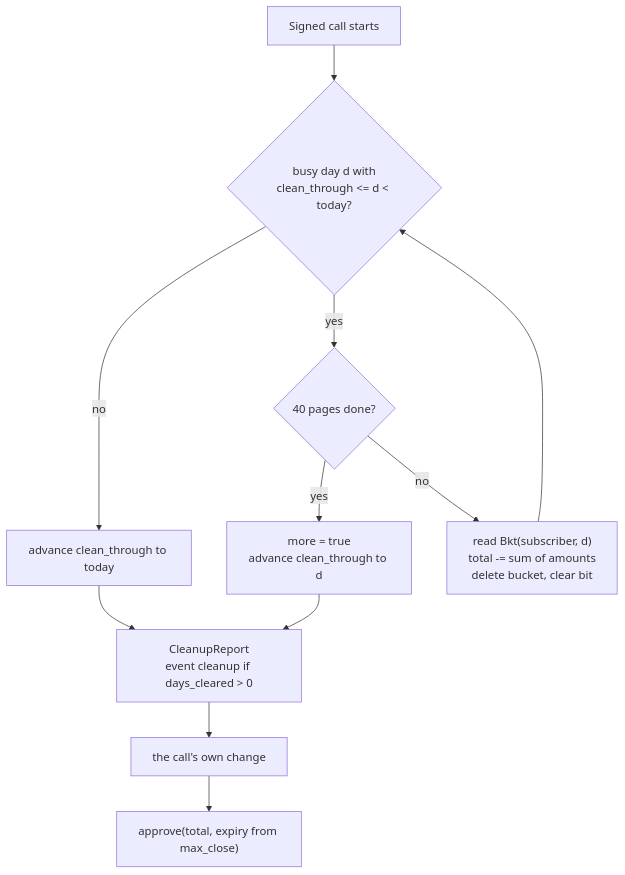
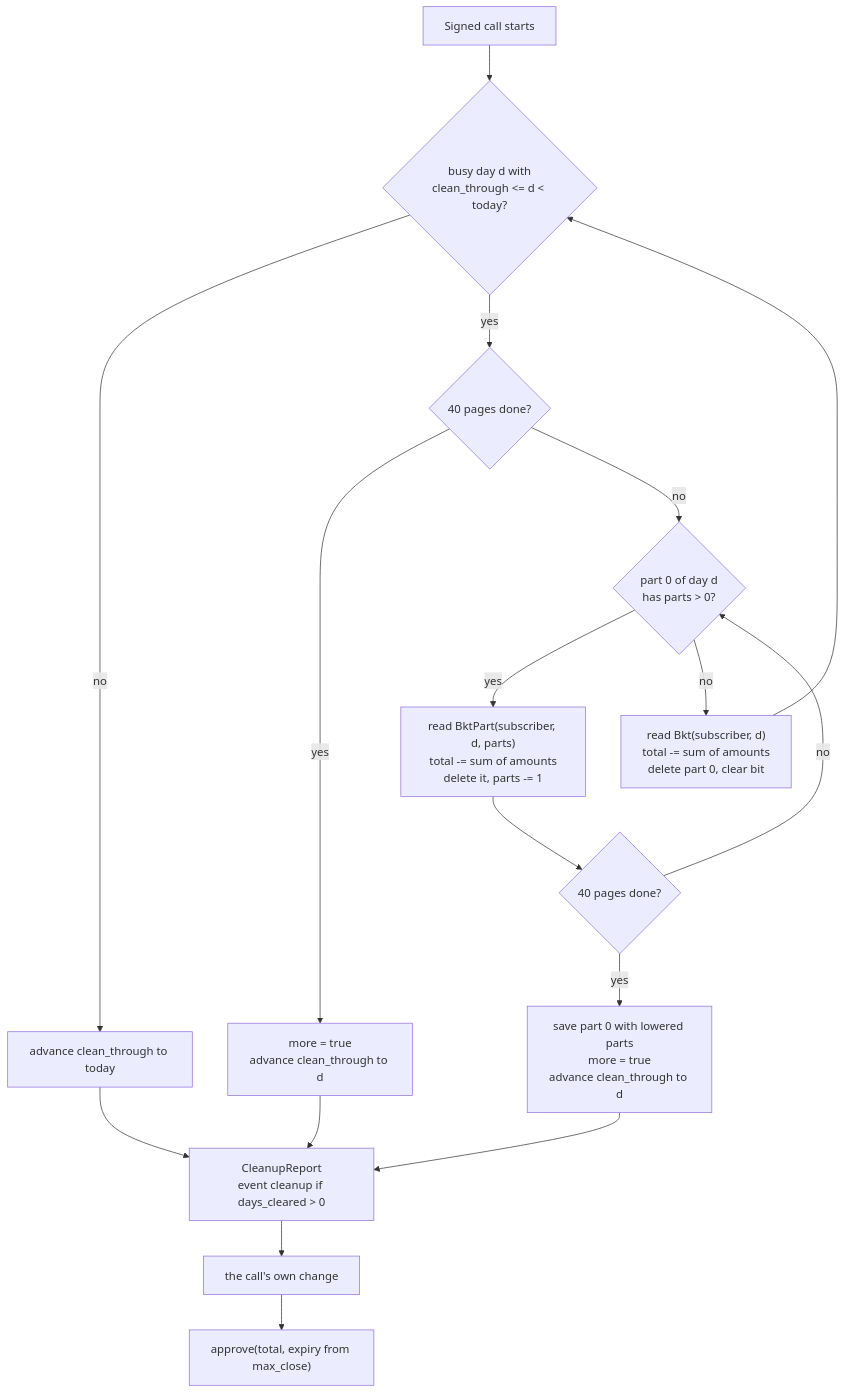
One commit to PiNetwork/PiRC changed the diagram in PiRC2/6-subscription-lifecycle.md. Above: the diagram before and after it, drawn with Mermaid. The commit also changed other lines of this file and 3 other files, not shown here.

First line of the commit message:
PiRC2: overflow bucket parts; day 0 = 2026-01-01

````diff
--- a/PiRC2/6-subscription-lifecycle.md
+++ b/PiRC2/6-subscription-lifecycle.md
@@ -229,13 +234,19 @@
 ```mermaid
 flowchart TD
   A[Signed call starts] --> B{busy day d with<br/>clean_through <= d < today?}
   B -- no --> F[advance clean_through to today]
   B -- yes --> C{40 pages done?}
   C -- yes --> M[more = true<br/>advance clean_through to d]
-  C -- no --> D["read Bkt(subscriber, d)<br/>total -= sum of amounts<br/>delete bucket, clear bit"]
+  C -- no --> P{"part 0 of day d<br/>has parts > 0?"}
+  P -- yes --> Q["read BktPart(subscriber, d, parts)<br/>total -= sum of amounts<br/>delete it, parts -= 1"]
+  Q --> C2{40 pages done?}
+  C2 -- yes --> SV[save part 0 with lowered parts<br/>more = true<br/>advance clean_through to d]
+  C2 -- no --> P
+  P -- no --> D["read Bkt(subscriber, d)<br/>total -= sum of amounts<br/>delete part 0, clear bit"]
   D --> B
   F --> R[CleanupReport<br/>event cleanup if days_cleared > 0]
   M --> R
+  SV --> R
   R --> G[the call's own change]
   G --> H["approve(total, expiry from max_close)"]
 ```
````
